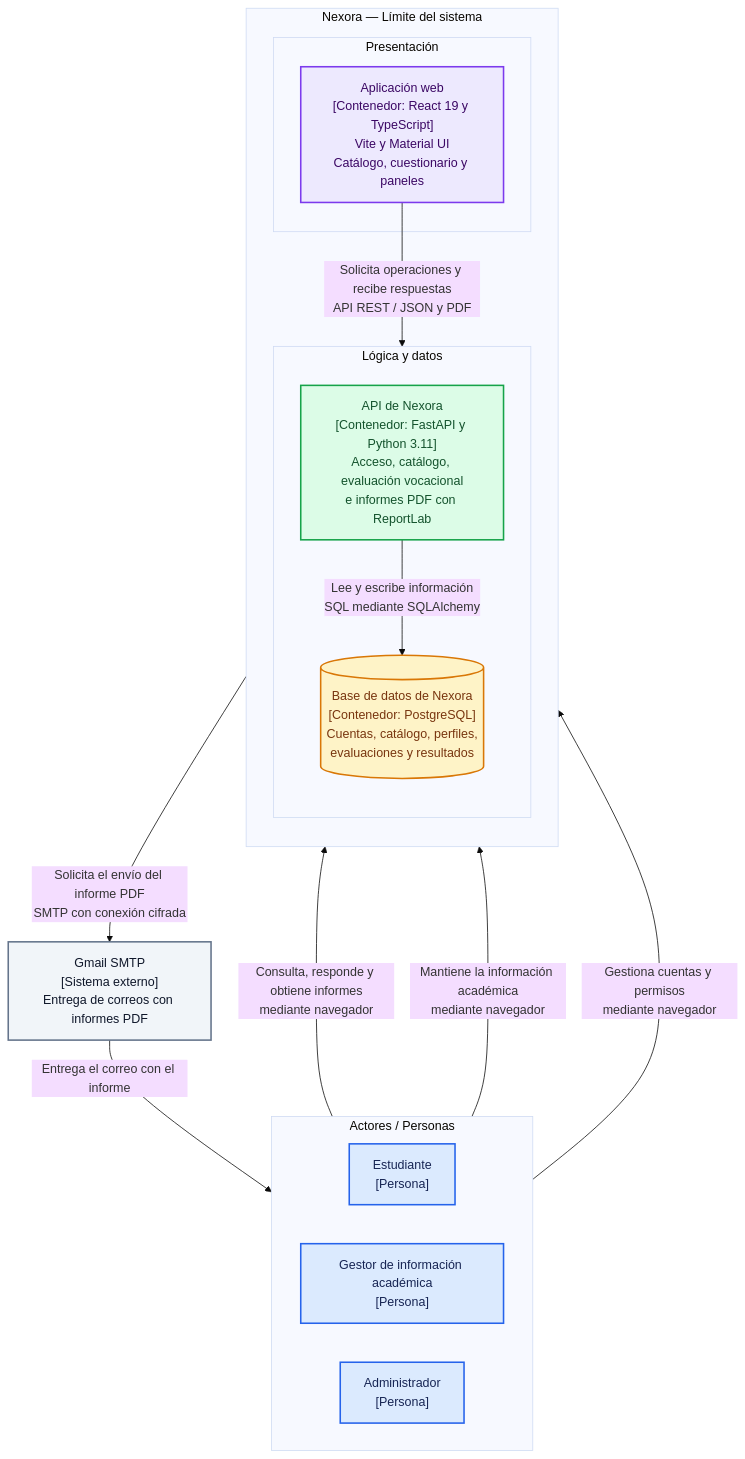
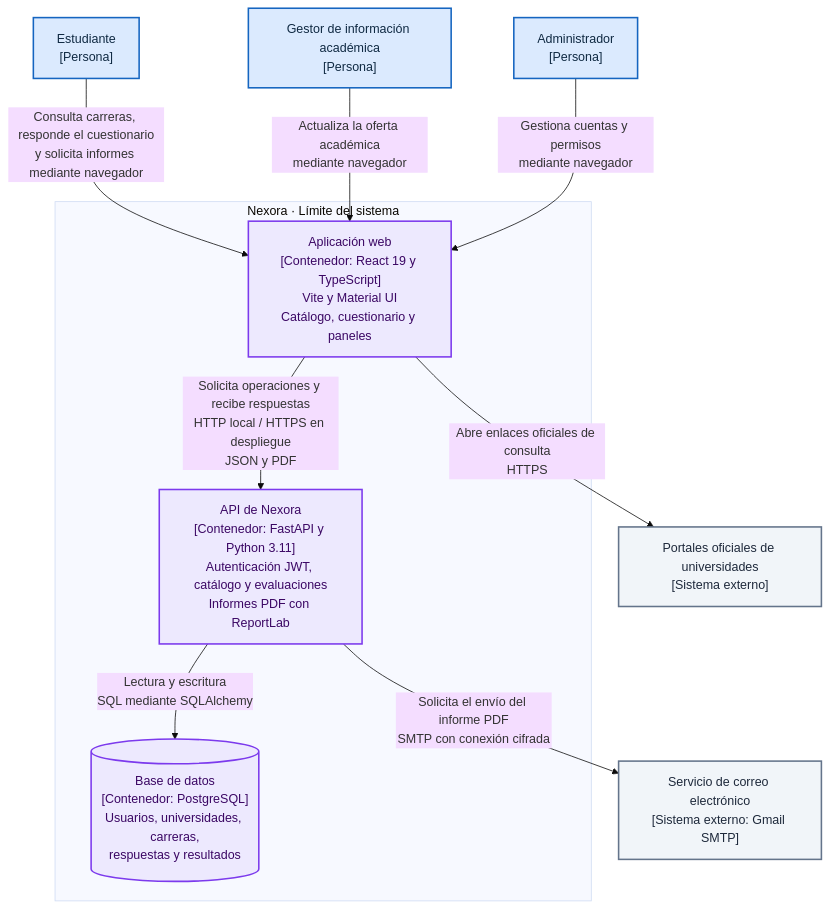
One commit to enriqueherreraec/nexora-arquitectura changed the diagram in docs/02-vistas-c4/nivel2.md. Above: the diagram before and after it, drawn with Mermaid (base theme). The commit also changed other lines of this file and 5 other files, not shown here.

````diff
--- a/docs/02-vistas-c4/nivel2.md
+++ b/docs/02-vistas-c4/nivel2.md
@@ -11,49 +3,42 @@
 ```mermaid
 flowchart TB
-    subgraph PERSONAS["Actores / Personas"]
-        direction LR
-        EST["Estudiante<br/>[Persona]"]
-        GES["Gestor de información académica<br/>[Persona]"]
-        ADM["Administrador<br/>[Persona]"]
+    E["Estudiante<br/>[Persona]"]
+
+    G["Gestor de información académica<br/>[Persona]"]
+
+    A["Administrador<br/>[Persona]"]
+
+    subgraph N["Nexora · Límite del sistema"]
+        W["Aplicación web<br/>[Contenedor: React 19 y TypeScript]<br/>Vite y Material UI<br/>Catálogo, cuestionario y paneles"]
+
+        API["API de Nexora<br/>[Contenedor: FastAPI y Python 3.11]<br/>Autenticación JWT, catálogo y evaluaciones<br/>Informes PDF con ReportLab"]
+
+        DB[("Base de datos<br/>[Contenedor: PostgreSQL]<br/>Usuarios, universidades, carreras,<br/>respuestas y resultados")]
+
+        W -->|"Solicita operaciones y recibe respuestas<br/>HTTP local / HTTPS en despliegue<br/>JSON y PDF"| API
+
+        API -->|"Lectura y escritura<br/>SQL mediante SQLAlchemy"| DB
     end
 
-    subgraph NEX["Nexora — Límite del sistema"]
-        direction TB
+    P["Portales oficiales de universidades<br/>[Sistema externo]"]
 
-        subgraph PRESENTACION["Presentación"]
-            WEB["Aplicación web<br/>[Contenedor: React 19 y TypeScript]<br/>Vite y Material UI<br/>Catálogo, cuestionario y paneles"]
-        end
+    C["Servicio de correo electrónico<br/>[Sistema externo: Gmail SMTP]"]
 
-        subgraph LOGICA_DATOS["Lógica y datos"]
-            direction TB
-            API["API de Nexora<br/>[Contenedor: FastAPI y Python 3.11]<br/>Acceso, catálogo, evaluación vocacional<br/>e informes PDF con ReportLab"]
+    E -->|"Consulta carreras, responde el cuestionario<br/>y solicita informes mediante navegador"| W
 
-            DB[("Base de datos de Nexora<br/>[Contenedor: PostgreSQL]<br/>Cuentas, catálogo, perfiles,<br/>evaluaciones y resultados")]
+    G -->|"Actualiza la oferta académica<br/>mediante navegador"| W
 
-            API -->|"Lee y escribe información<br/>SQL mediante SQLAlchemy"| DB
-        end
+    A -->|"Gestiona cuentas y permisos<br/>mediante navegador"| W
 
-        WEB -->|"Solicita operaciones y recibe respuestas<br/>API REST / JSON y PDF"| API
-    end
+    W -->|"Abre enlaces oficiales de consulta<br/>HTTPS"| P
 
-    SMTP["Gmail SMTP<br/>[Sistema externo]<br/>Entrega de correos con informes PDF"]
+    API -->|"Solicita el envío del informe PDF<br/>SMTP con conexión cifrada"| C
 
-    EST -->|"Consulta, responde y obtiene informes<br/>mediante navegador"| WEB
-    GES -->|"Mantiene la información académica<br/>mediante navegador"| WEB
-    ADM -->|"Gestiona cuentas y permisos<br/>mediante navegador"| WEB
+    classDef persona fill:#DBEAFE,stroke:#1565C0,stroke-width:2px,color:#102A43;
+    classDef contenedor fill:#EDE9FE,stroke:#7C3AED,stroke-width:2px,color:#3B0764;
+    classDef externo fill:#F1F5F9,stroke:#64748B,stroke-width:2px,color:#1E293B;
 
-    API -->|"Solicita el envío del informe PDF<br/>SMTP con conexión cifrada"| SMTP
-    SMTP -->|"Entrega el correo con el informe"| EST
-
-    classDef persona fill:#DBEAFE,stroke:#2563EB,stroke-width:2px,color:#172554;
-    classDef presentacion fill:#EDE9FE,stroke:#7C3AED,stroke-width:2px,color:#3B0764;
-    classDef servidor fill:#DCFCE7,stroke:#16A34A,stroke-width:2px,color:#14532D;
-    classDef datos fill:#FEF3C7,stroke:#D97706,stroke-width:2px,color:#78350F;
-    classDef externo fill:#F1F5F9,stroke:#64748B,stroke-width:2px,color:#0F172A;
-
-    class EST,GES,ADM persona;
-    class WEB presentacion;
-    class API servidor;
-    class DB datos;
-    class SMTP externo;
+    class E,G,A persona;
+    class W,API,DB contenedor;
+    class C,P externo;
 ```
````
